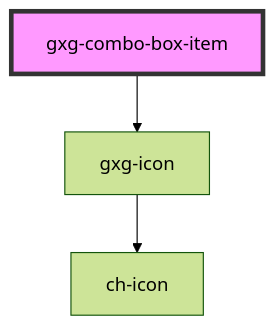
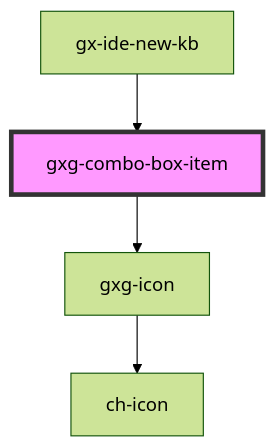
One commit to genexuslabs/gemini changed the diagram in src/components/combo-box-item/readme.md. Above: the diagram before and after it, drawn with Mermaid (forest theme). The commit also changed other lines of this file and 45 other files, not shown here.

````diff
--- a/src/components/combo-box-item/readme.md
+++ b/src/components/combo-box-item/readme.md
@@ -29,6 +33,7 @@
 ```mermaid
 graph TD;
   gxg-combo-box-item --> gxg-icon
   gxg-icon --> ch-icon
+  gx-ide-new-kb --> gxg-combo-box-item
   style gxg-combo-box-item fill:#f9f,stroke:#333,stroke-width:4px
 ```
````
